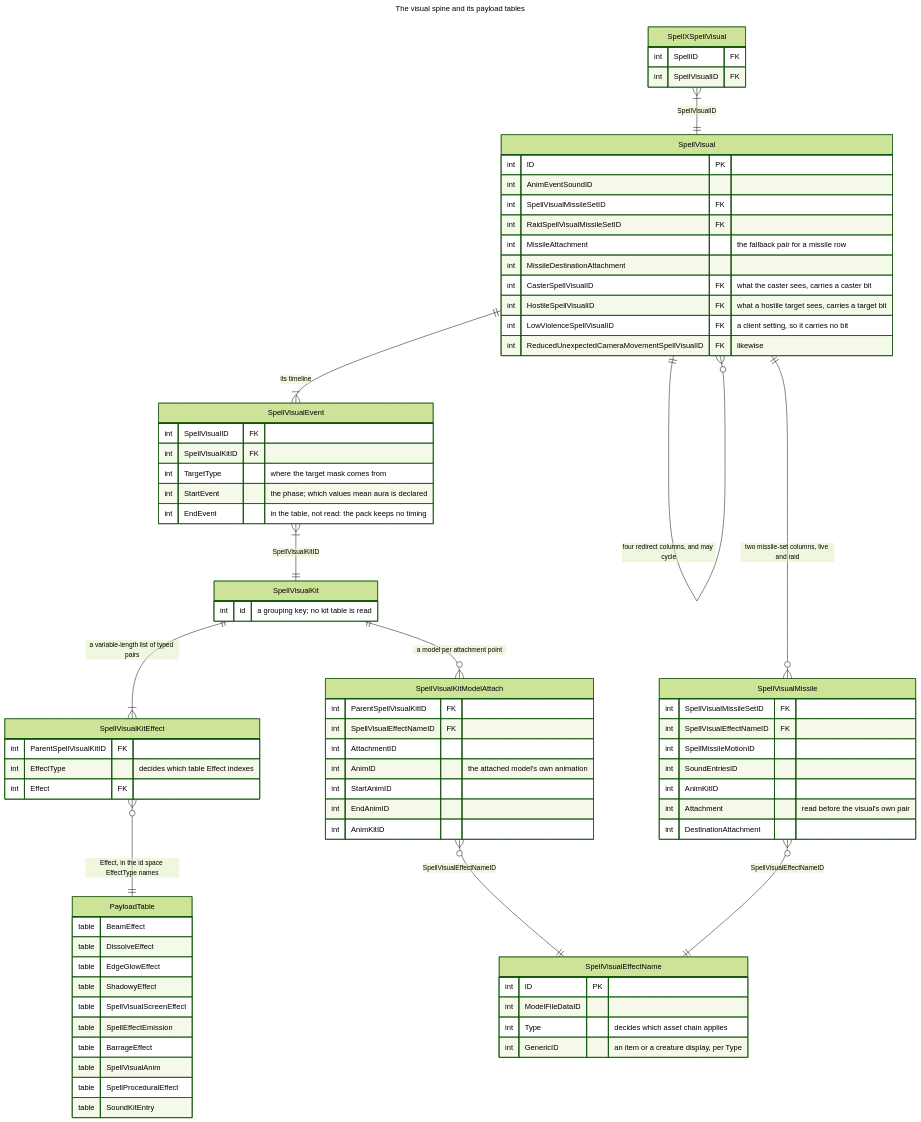
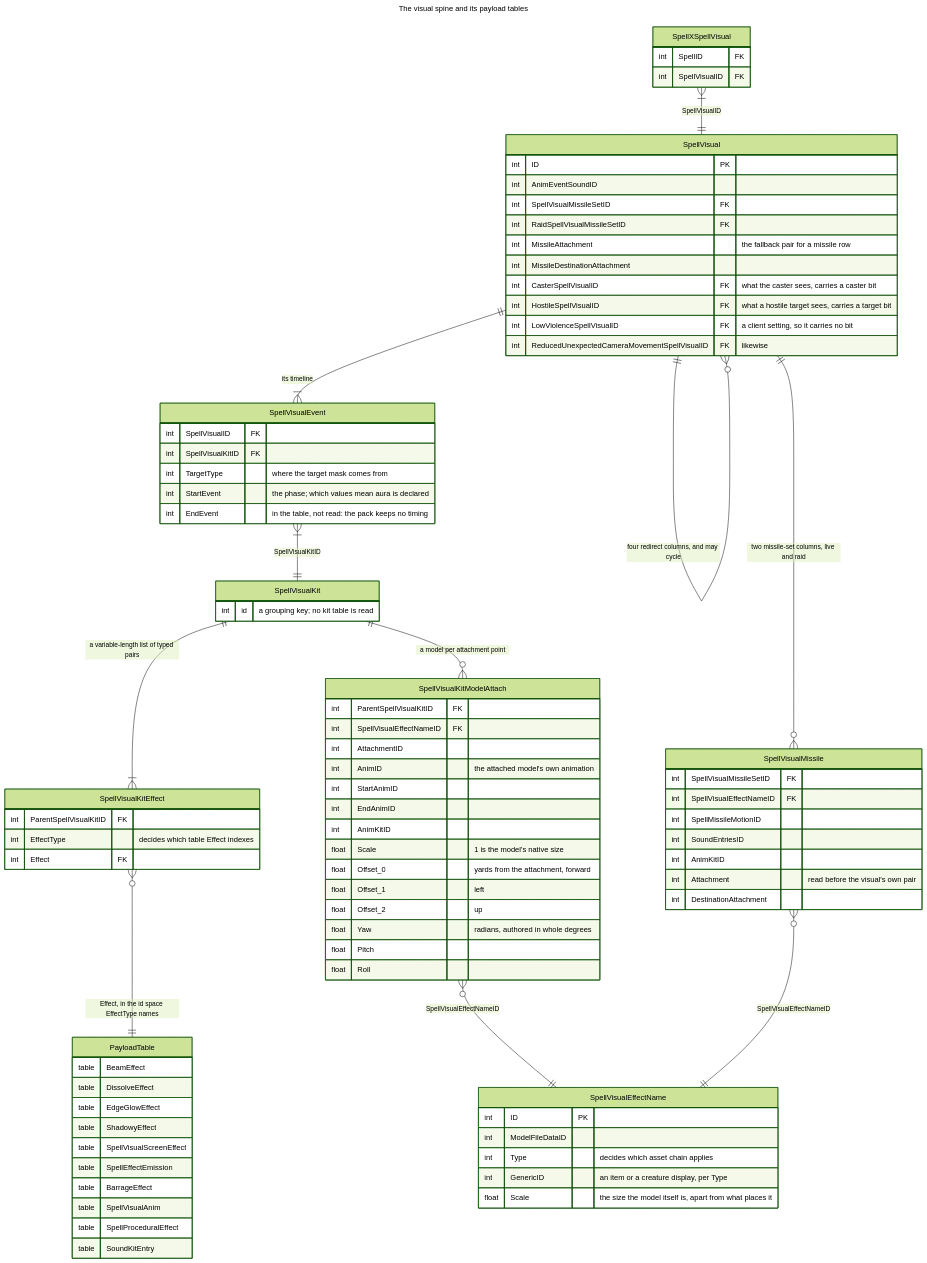
One commit to Natans8/Epsilook changed the fourth of 12 diagrams in docs/DATA_ROUTES.md. Above: the diagram before and after it, drawn with Mermaid (forest theme). The commit also changed 52 other files, not shown here.

```diff
--- a/docs/DATA_ROUTES.md
+++ b/docs/DATA_ROUTES.md
@@ -402,12 +402,20 @@
         int StartAnimID
         int EndAnimID
         int AnimKitID
+        float Scale"1 is the model's native size"
+        float Offset_0"yards from the attachment, forward"
+        float Offset_1"left"
+        float Offset_2"up"
+        float Yaw"radians, authored in whole degrees"
+        float Pitch
+        float Roll
     }
     SpellVisualEffectName {
         int ID PK
         int ModelFileDataID
         int Type"decides which asset chain applies"
         int GenericID"an item or a creature display, per Type"
+        float Scale"the size the model itself is, apart from what places it"
     }
     SpellVisualMissile {
         int SpellVisualMissileSetID FK
```
